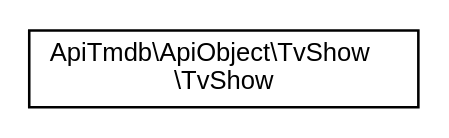
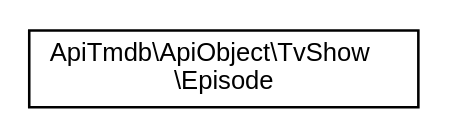
The diagram in doc/inherit_graph_9.dot (sauvank/packagist-tool-api-tmdb), drawn with Graphviz before and after one commit. The commit also changed 73 other files, not shown here.

```diff
--- a/doc/inherit_graph_9.dot
+++ b/doc/inherit_graph_9.dot
@@ -1,7 +1,7 @@
 digraph "Graphical Class Hierarchy"
 {
   edge [fontname="Helvetica",fontsize="10",labelfontname="Helvetica",labelfontsize="10"];
   node [fontname="Helvetica",fontsize="10",shape=record];
   rankdir="LR";
-  Node0 [label="ApiTmdb\\ApiObject\\TvShow\l\\TvShow",height=0.2,width=0.4,color="black", fillcolor="white", style="filled",URL="$classApiTmdb_1_1ApiObject_1_1TvShow_1_1TvShow.html"];
+  Node0 [label="ApiTmdb\\ApiObject\\TvShow\l\\Episode",height=0.2,width=0.4,color="black", fillcolor="white", style="filled",URL="$classApiTmdb_1_1ApiObject_1_1TvShow_1_1Episode.html"];
 }
```
